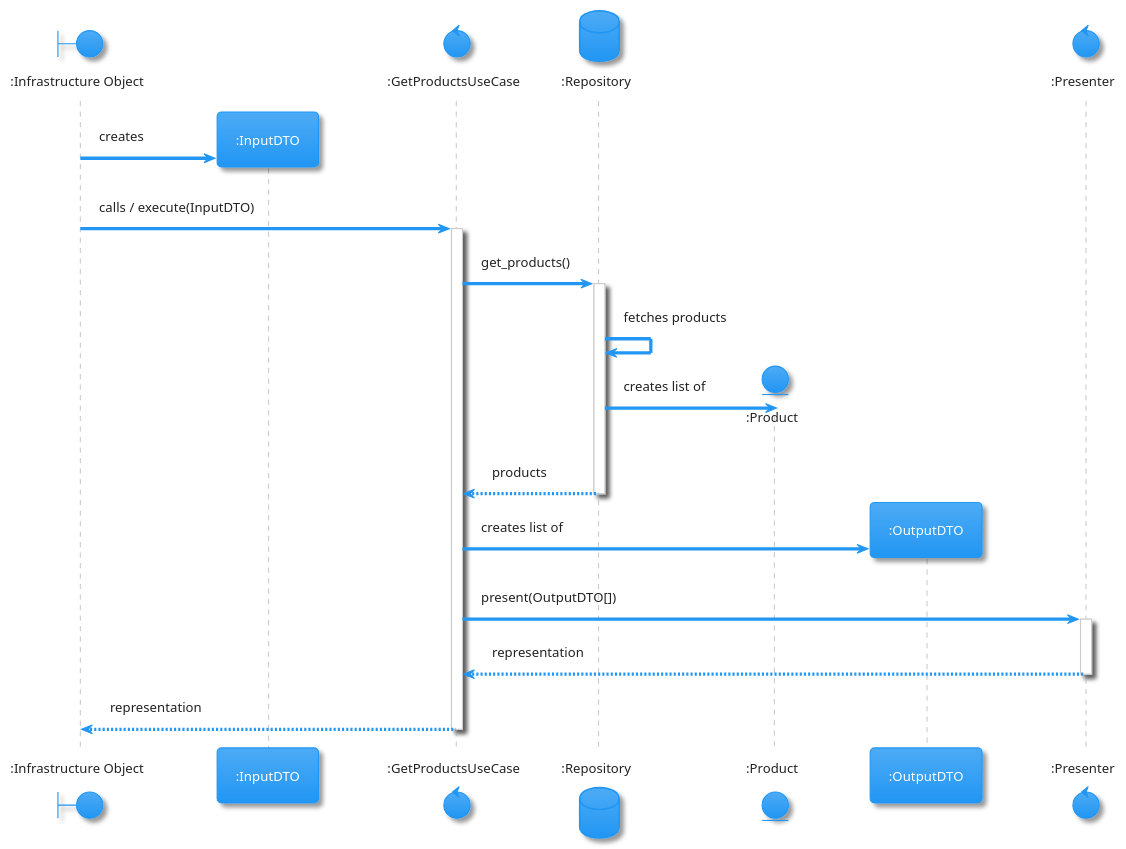
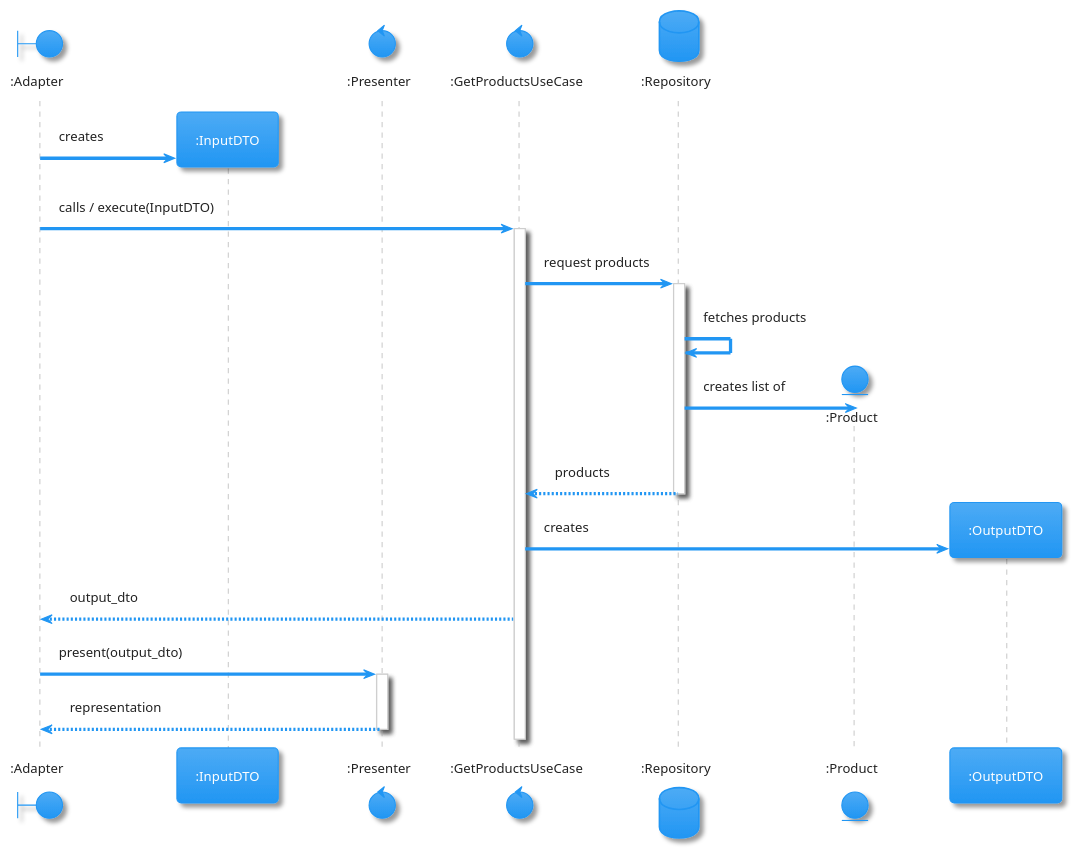
The diagram in docs/diagrams/get_products_use_case_sequence.plantuml (vcenteio/diystore), drawn with PlantUML before and after one commit. The commit also changed 6 other files, not shown here.

Commit message:
feat(application): implement get_products use case

```diff
--- a/docs/diagrams/get_products_use_case_sequence.plantuml
+++ b/docs/diagrams/get_products_use_case_sequence.plantuml
@@ -1,24 +1,24 @@
 @startuml "Get Products Use Case Sequence Diagram"
 !theme materia
 
-boundary ":Infrastructure Object" as infra
+boundary ":Adapter" as adapter
 participant ":InputDTO" as input_dto
+control ":Presenter" as presenter
 control ":GetProductsUseCase" as use_case
 database ":Repository" as repo
 entity ":Product" as product
 participant ":OutputDTO" as output_dto
-control ":Presenter" as presenter
 
 
-infra -> input_dto **: creates
-infra -> use_case ++: calls / execute(InputDTO)
-use_case -> repo ++: get_products()
+adapter -> input_dto **: creates
+adapter -> use_case ++: calls / execute(InputDTO)
+use_case -> repo ++: request products
 repo -> repo: fetches products
 repo -> product **: creates list of
 return products
-use_case -> output_dto **: creates list of
-use_case -> presenter ++: present(OutputDTO[])
-return representation
+use_case -> output_dto **: creates
+use_case --> adapter: output_dto
+adapter -> presenter ++: present(output_dto)
 return representation
 
 @enduml
```
